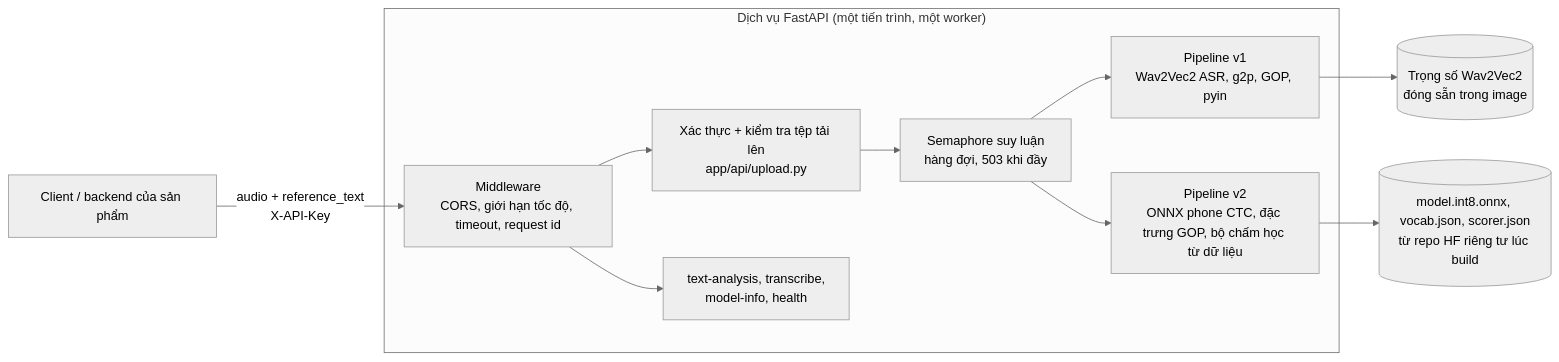
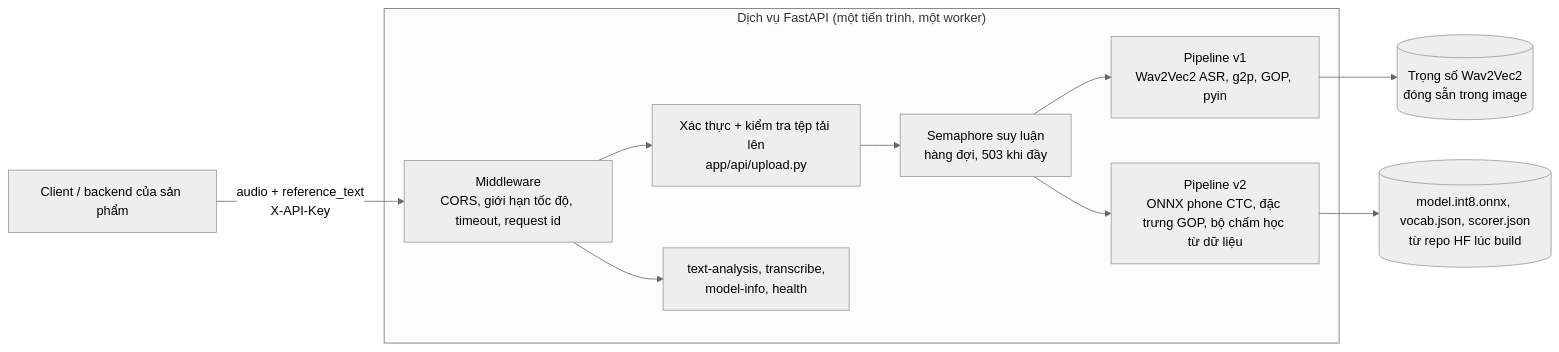
One commit to dris1153/pronunciation-service changed the first of 4 diagrams in languages/vi/docs/architecture.md. Above: the diagram before and after it, drawn with Mermaid (neutral theme). The commit also changed other lines of this file and 40 other files, not shown here.

````diff
--- a/languages/vi/docs/architecture.md
+++ b/languages/vi/docs/architecture.md
@@ -9,13 +9,13 @@
 ```mermaid
 flowchart LR
     client["Client / backend của sản phẩm"] -->|"audio + reference_text<br/>X-API-Key"| mw
     subgraph svc["Dịch vụ FastAPI (một tiến trình, một worker)"]
         mw["Middleware<br/>CORS, giới hạn tốc độ, timeout, request id"] --> val["Xác thực + kiểm tra tệp tải lên<br/>app/api/upload.py"]
         val --> sem["Semaphore suy luận<br/>hàng đợi, 503 khi đầy"]
         sem --> v1["Pipeline v1<br/>Wav2Vec2 ASR, g2p, GOP, pyin"]
         sem --> v2["Pipeline v2<br/>ONNX phone CTC, đặc trưng GOP, bộ chấm học từ dữ liệu"]
         mw --> misc["text-analysis, transcribe,<br/>model-info, health"]
     end
     v1 --> w1[("Trọng số Wav2Vec2<br/>đóng sẵn trong image")]
-    v2 --> w2[("model.int8.onnx, vocab.json, scorer.json<br/>từ repo HF riêng tư lúc build")]
+    v2 --> w2[("model.int8.onnx, vocab.json, scorer.json<br/>từ repo HF lúc build")]
 ```
````
